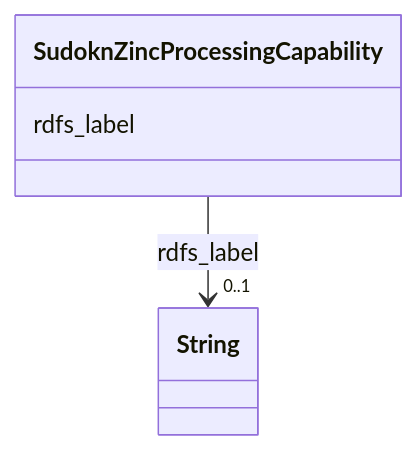
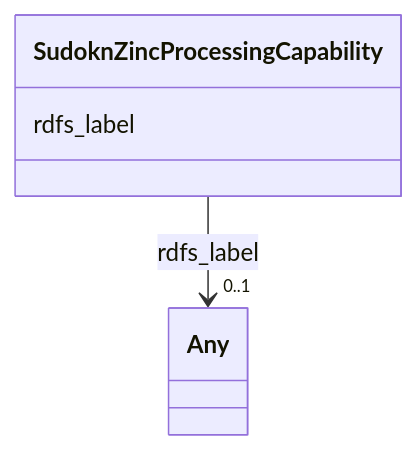
Before and after one commit to frink-okn/graph-descriptions: the diagram in sudokn-kg/classes/SudoknZincProcessingCapability.md, drawn with Mermaid. The commit also changed other lines of this file and 903 other files, not shown here.

````diff
--- a/sudokn-kg/classes/SudoknZincProcessingCapability.md
+++ b/sudokn-kg/classes/SudoknZincProcessingCapability.md
@@ -23,15 +18,15 @@
 ```mermaid
  classDiagram
     class SudoknZincProcessingCapability
     click SudoknZincProcessingCapability href "../SudoknZincProcessingCapability"
       SudoknZincProcessingCapability : rdfs_label
         
           
     
     
-    SudoknZincProcessingCapability --> "0..1" String : rdfs_label
-    click String href "../String"
+    SudoknZincProcessingCapability --> "0..1" Any : rdfs_label
+    click Any href "../Any"
 
         
       
 ```
````
